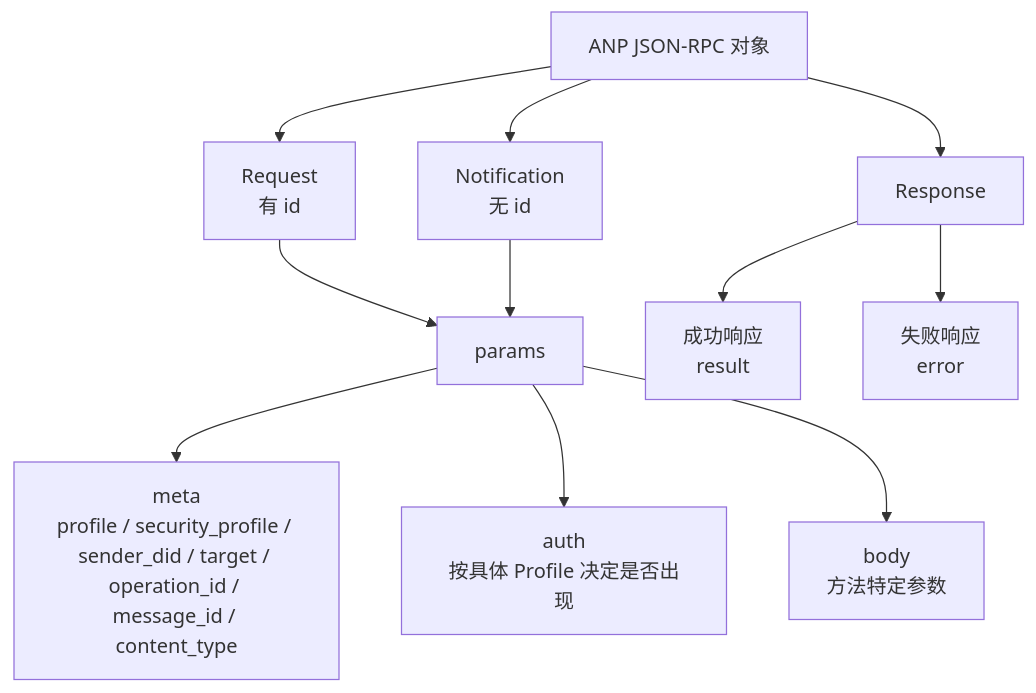
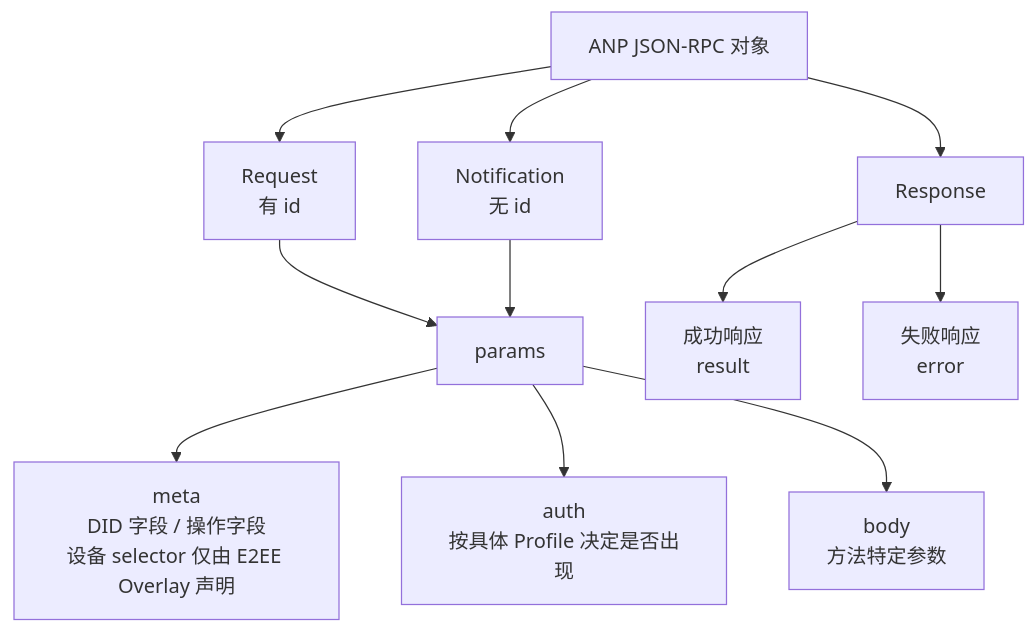
Before and after one commit to NeatNerdPrime/AgentNetworkProtocol: the second of 4 diagrams in chinese/message/vnext/01-核心绑定.md, drawn with Mermaid. The commit also changed other lines of this file and 31 other files, not shown here.

````diff
--- a/chinese/message/vnext/01-核心绑定.md
+++ b/chinese/message/vnext/01-核心绑定.md
@@ -229,18 +235,18 @@
 ```mermaid
 flowchart TB
 A[ANP JSON-RPC 对象]
 
 A --> Req[Request<br/>有 id]
 A --> Noti[Notification<br/>无 id]
 A --> Resp[Response]
 
 Req --> Params[params]
 Noti --> Params
 
-Params --> Meta[meta<br/>profile / security_profile / sender_did / target / operation_id / message_id / content_type]
+Params --> Meta[meta<br/>DID 字段 / 操作字段<br/>设备 selector 仅由 E2EE Overlay 声明]
 Params --> Auth[auth<br/>按具体 Profile 决定是否出现]
 Params --> Body[body<br/>方法特定参数]
 
 Resp --> Ok[成功响应<br/>result]
 Resp --> Err[失败响应<br/>error]
 ```
````
